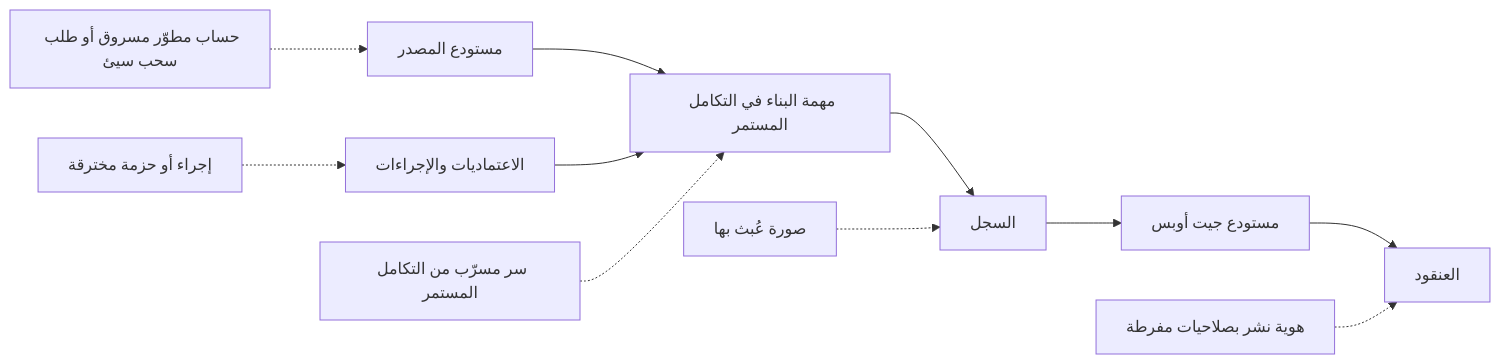
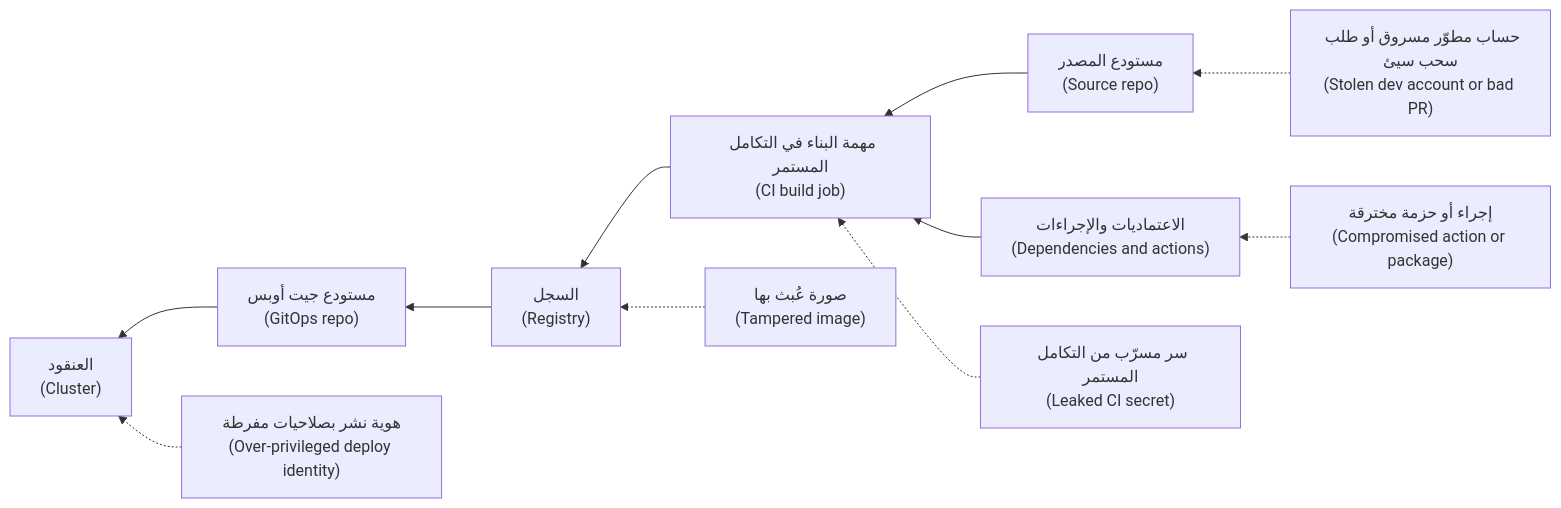
One commit to Tamoura/system-design-for-vibe-coders changed the third of 3 diagrams in cloud/modules/04-cicd.ar.md. Above: the diagram before and after it, drawn with Mermaid. The commit also changed other lines of this file and 20 other files, not shown here.

First line of the commit message:
New courses: Arabic diagrams read right-to-left with English labels (modules 0–6)

````diff
--- a/cloud/modules/04-cicd.ar.md
+++ b/cloud/modules/04-cicd.ar.md
@@ -642,13 +642,13 @@
 ```mermaid
-flowchart LR
-    S["مستودع المصدر"] --> B["مهمة البناء في التكامل المستمر"]
-    DEP["الاعتماديات والإجراءات"] --> B
-    B --> R["السجل"]
-    R --> G["مستودع جيت أوبس"]
-    G --> K["العنقود"]
-    A1["حساب مطوّر مسروق أو طلب سحب سيئ"] -.-> S
-    A2["إجراء أو حزمة مخترقة"] -.-> DEP
-    A3["سر مسرّب من التكامل المستمر"] -.-> B
-    A4["صورة عُبث بها"] -.-> R
-    A5["هوية نشر بصلاحيات مفرطة"] -.-> K
+flowchart RL
+    S["مستودع المصدر<br/>(Source repo)"] --> B["مهمة البناء في التكامل المستمر<br/>(CI build job)"]
+    DEP["الاعتماديات والإجراءات<br/>(Dependencies and actions)"] --> B
+    B --> R["السجل<br/>(Registry)"]
+    R --> G["مستودع جيت أوبس<br/>(GitOps repo)"]
+    G --> K["العنقود<br/>(Cluster)"]
+    A1["حساب مطوّر مسروق أو طلب سحب سيئ<br/>(Stolen dev account or bad PR)"] -.-> S
+    A2["إجراء أو حزمة مخترقة<br/>(Compromised action or package)"] -.-> DEP
+    A3["سر مسرّب من التكامل المستمر<br/>(Leaked CI secret)"] -.-> B
+    A4["صورة عُبث بها<br/>(Tampered image)"] -.-> R
+    A5["هوية نشر بصلاحيات مفرطة<br/>(Over-privileged deploy identity)"] -.-> K
 ```
````
